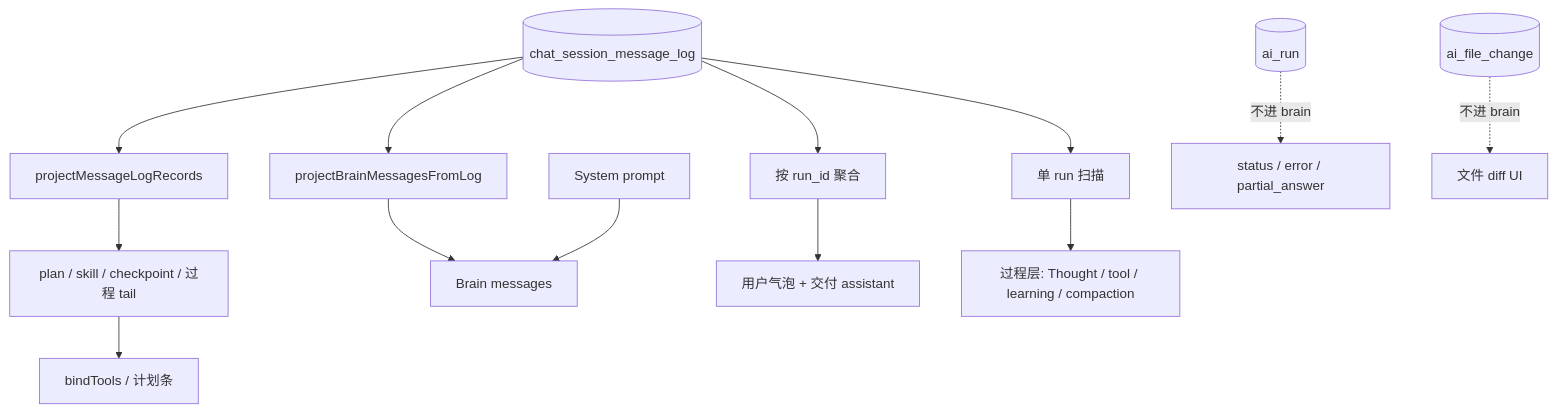
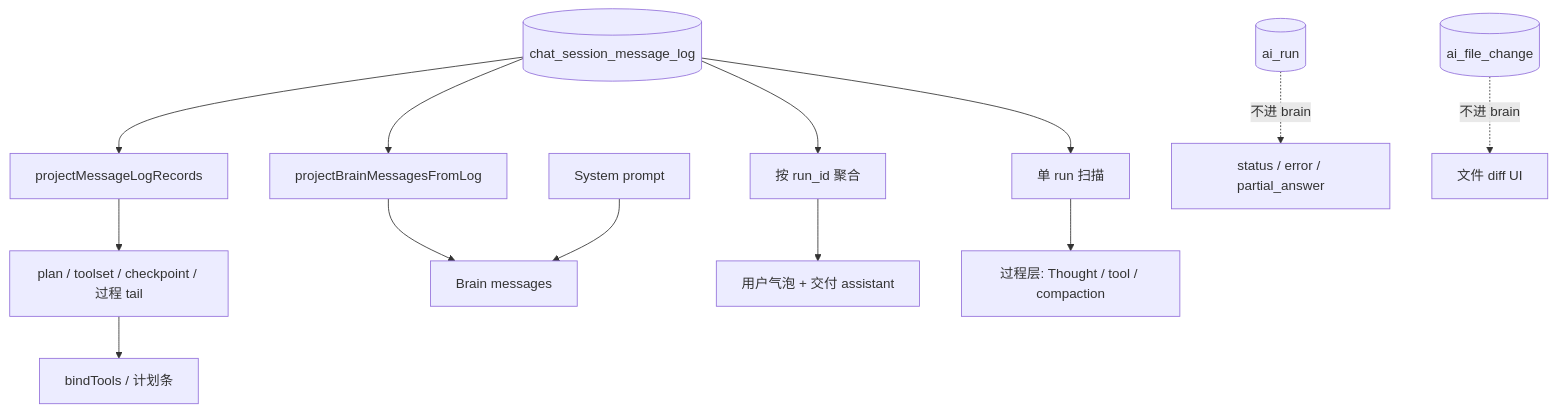
Before and after one commit to Yoan98/Ncurator: the second of 2 diagrams in doc/ai-harness/human-harness.md, drawn with Mermaid. The commit also changed other lines of this file and 131 other files, not shown here.

````diff
--- a/doc/ai-harness/human-harness.md
+++ b/doc/ai-harness/human-harness.md
@@ -344,21 +351,21 @@
 ```mermaid
 flowchart TD
   Log[(chat_session_message_log)]
 
   Log --> PM[projectMessageLogRecords]
   Log --> BM[projectBrainMessagesFromLog]
 
-  PM --> Meta[plan / skill / checkpoint / 过程 tail]
+  PM --> Meta[plan / toolset / checkpoint / 过程 tail]
   BM --> BrainMsg[Brain messages]
   Sys[System prompt] --> BrainMsg
   Meta --> Bind[bindTools / 计划条]
 
   Log --> ByRun[按 run_id 聚合]
   ByRun --> Bubbles[用户气泡 + 交付 assistant]
 
   Log --> ProcessScan[单 run 扫描]
-  ProcessScan --> Process[过程层: Thought / tool / learning / compaction]
+  ProcessScan --> Process[过程层: Thought / tool / compaction]
 
   Run[(ai_run)] -.不进 brain.-> Status[status / error / partial_answer]
   FC[(ai_file_change)] -.不进 brain.-> Diff[文件 diff UI]
 ```
````
